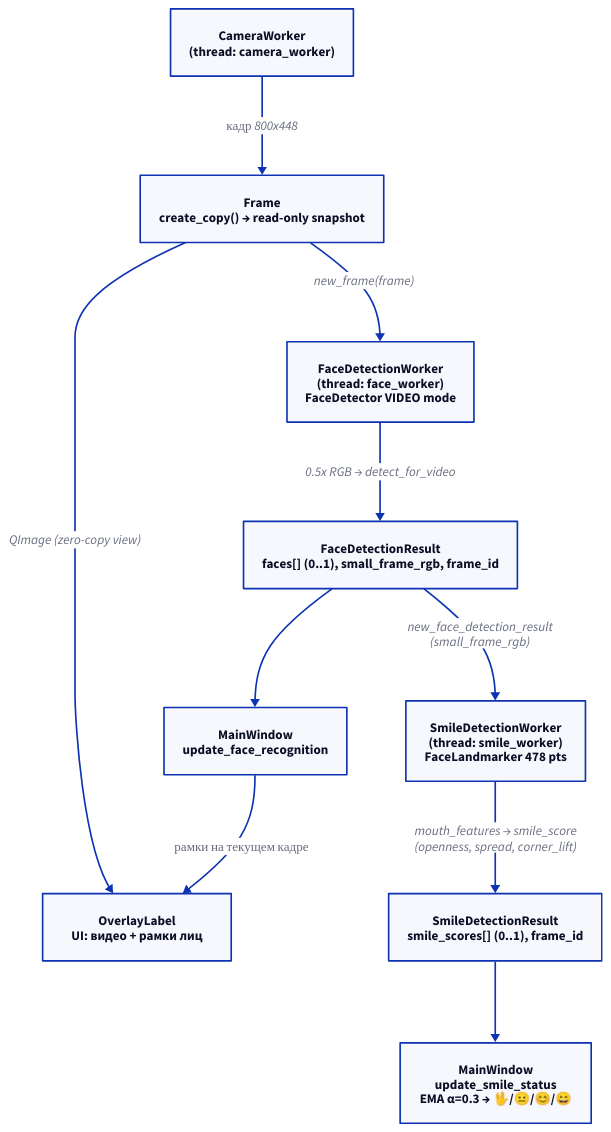
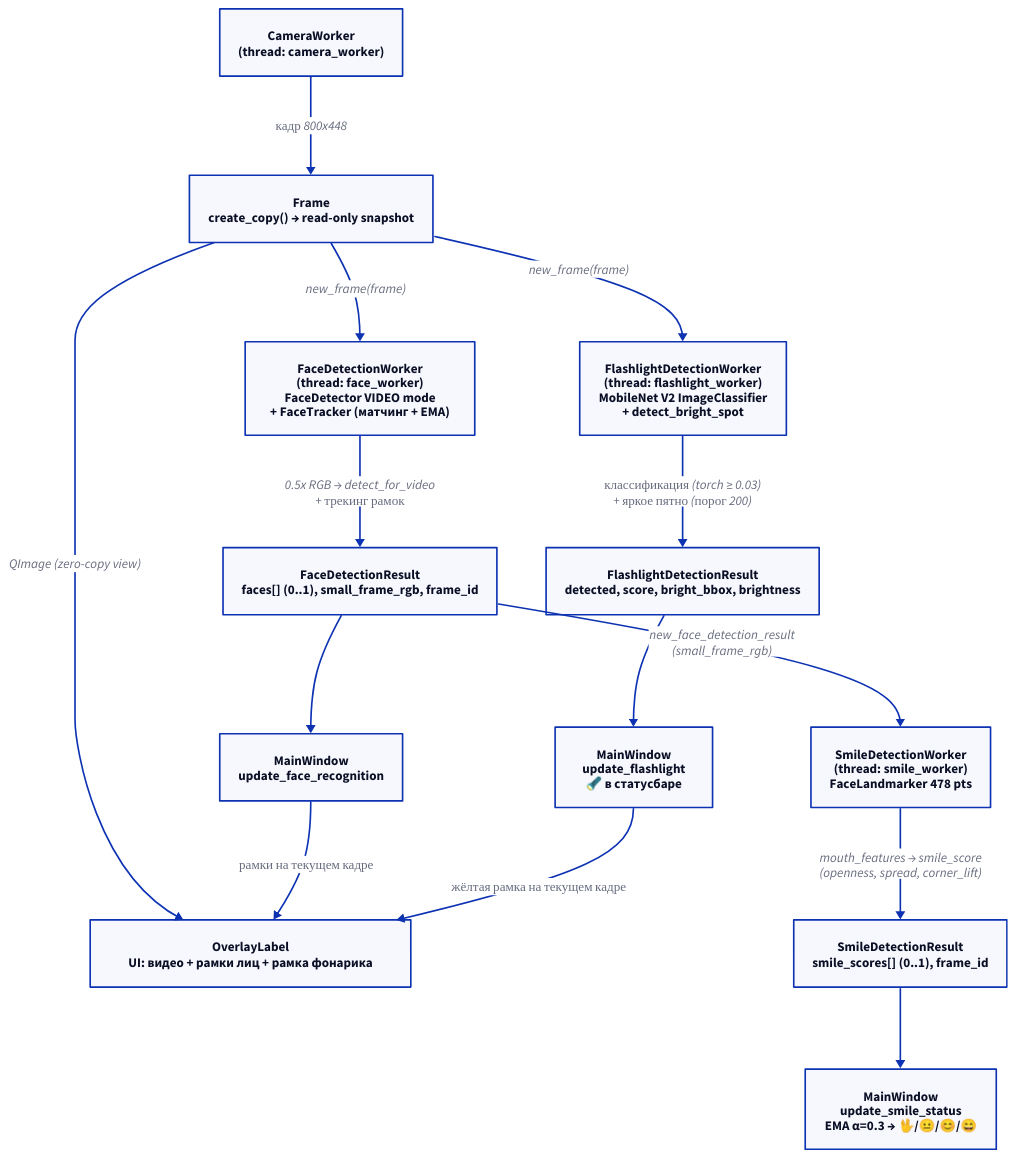
One commit to dmi3s/smile changed the diagram in docs/recognition_pipeline.d2. Above: the diagram before and after it, drawn with D2. The commit also changed 11 other files, not shown here.

Commit message:
DOC: docs/ARCHITECTURE.md + Typst/D2 — four threads, tracking, flashlight

```diff
--- a/docs/recognition_pipeline.d2
+++ b/docs/recognition_pipeline.d2
@@ -1,21 +1,28 @@
 #direction: right
 
 camera: "CameraWorker\n(thread: camera_worker)"
 frame: "Frame\ncreate_copy() → read-only snapshot"
-overlay: "OverlayLabel\nUI: видео + рамки лиц"
-face: "FaceDetectionWorker\n(thread: face_worker)\nFaceDetector VIDEO mode"
+overlay: "OverlayLabel\nUI: видео + рамки лиц + рамка фонарика"
+face: "FaceDetectionWorker\n(thread: face_worker)\nFaceDetector VIDEO mode\n+ FaceTracker (матчинг + EMA)"
 face_result: "FaceDetectionResult\nfaces[] (0..1), small_frame_rgb, frame_id"
 ui_boxes: "MainWindow\nupdate_face_recognition"
 smile: "SmileDetectionWorker\n(thread: smile_worker)\nFaceLandmarker 478 pts"
 smile_result: "SmileDetectionResult\nsmile_scores[] (0..1), frame_id"
 ui_smile: "MainWindow\nupdate_smile_status\nEMA α=0.3 → 🖖/😐/😊/😄"
+flashlight: "FlashlightDetectionWorker\n(thread: flashlight_worker)\nMobileNet V2 ImageClassifier\n+ detect_bright_spot"
+flashlight_result: "FlashlightDetectionResult\ndetected, score, bright_bbox, brightness"
+ui_flashlight: "MainWindow\nupdate_flashlight\n🔦 в статусбаре"
 
 camera -> frame: "кадр 800x448"
 frame -> overlay: "QImage (zero-copy view)"
 frame -> face: "new_frame(frame)"
-face -> face_result: "0.5x RGB → detect_for_video"
+frame -> flashlight: "new_frame(frame)"
+face -> face_result: "0.5x RGB → detect_for_video\n+ трекинг рамок"
 face_result -> ui_boxes
 face_result -> smile: "new_face_detection_result\n(small_frame_rgb)"
 smile -> smile_result: "mouth_features → smile_score\n(openness, spread, corner_lift)"
 smile_result -> ui_smile
+flashlight -> flashlight_result: "классификация (torch ≥ 0.03)\n+ яркое пятно (порог 200)"
+flashlight_result -> ui_flashlight
 ui_boxes -> overlay: "рамки на текущем кадре"
+ui_flashlight -> overlay: "жёлтая рамка на текущем кадре"
```
